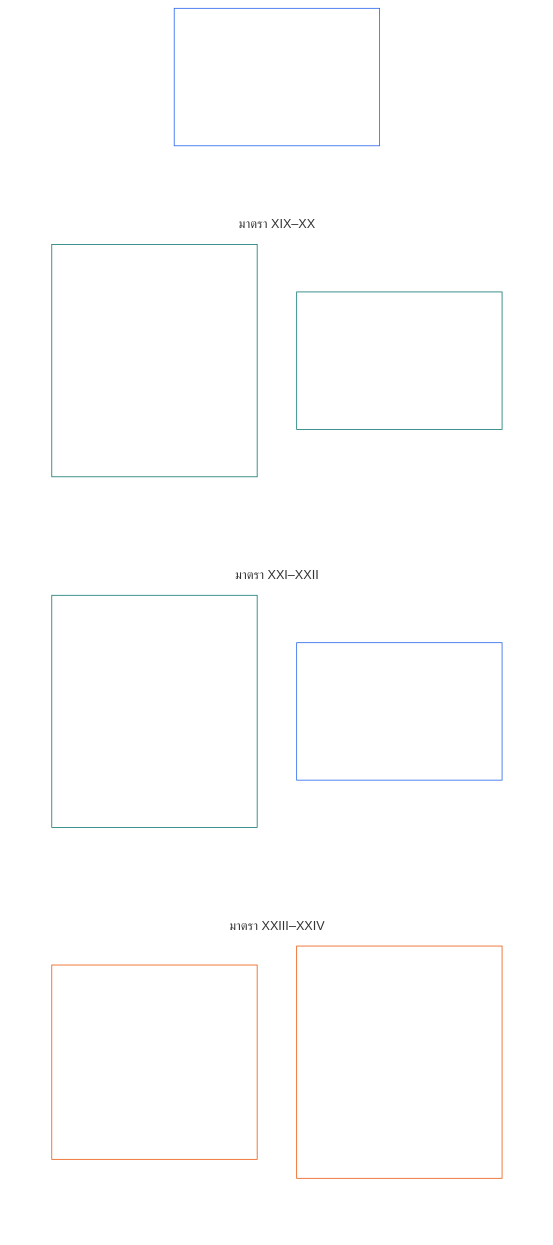
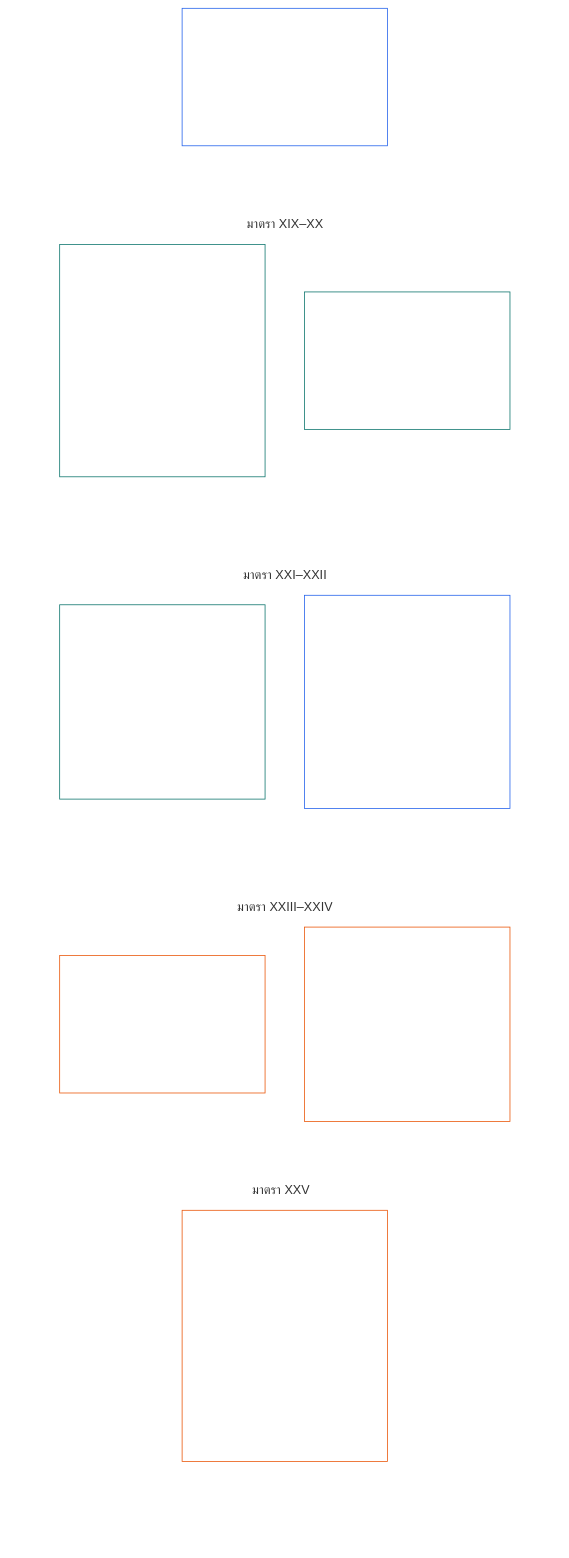
One commit to kfoelsch/Sentient_Constitution changed the diagram in translations/th/core_06_rights_part_d.md. Above: the diagram before and after it, drawn with Mermaid. The commit also changed other lines of this file and 353 other files, not shown here.

````diff
--- a/translations/th/core_06_rights_part_d.md
+++ b/translations/th/core_06_rights_part_d.md
@@ -40,36 +40,42 @@
 ```mermaid
 flowchart TB
     D0["ส่วน ง<br/><br/>สถานะการยืนหยัด ความยุติธรรม การทำงานร่วมกัน<br/>ความเข้าใจได้ การทบทวนสาเหตุรากฐาน และการตีความรัฐธรรมนูญ"]
     subgraph Dgrid[" "]
         direction TB
         subgraph Drow1["มาตรา XIX–XX"]
-            D1["มาตรา XIX · สถานะการยืนหยัดและการเข้าร่วม<br/><br/>• ความแตกต่างของสถานะการยืนหยัด<br/>• สิทธิในการโต้แย้งและขีดจำกัดการจำกัดสิทธิ<br/>• คุณสมบัติ หน้าที่ และการตรวจสอบเส้นทางที่ระบุชื่อ<br/>• การเคลื่อนย้าย ที่ลี้ภัย และการไม่ทำให้ไร้รัฐ"]
+            D1["มาตรา XIX · สถานะและสถานะการมีส่วนร่วม<br/><br/>• ความแตกต่างของสถานะ<br/>• สิทธิในการโต้แย้งและข้อจำกัดตามสัดส่วน<br/>• การมีส่วนร่วม ข้อห้ามด้านสมรรถนะ และคุณสมบัติเส้นทางที่ระบุชื่อ<br/>• การละเมิด การล็อกสถานะ และกฎการลงคะแนนพิเศษ"]
             D2["มาตรา XX · ความยุติธรรมหลังการละเมิดที่พิสูจน์แล้ว<br/><br/>• วัตถุประสงค์และขอบเขตของความยุติธรรม<br/>• เกณฑ์ขั้นต่ำในการจำกัดสิทธิ"]
         end
         subgraph Drow2["มาตรา XXI–XXII"]
-            D3["มาตรา XXI · การทำงานร่วมกัน การเคลื่อนย้ายข้อมูล การเคลื่อนย้าย ที่ลี้ภัย และความสมบูรณ์ของการออกจากระบบ<br/><br/>• การเคลื่อนย้ายข้อมูล<br/>• ขอบเขตการทำงานร่วมกันแบบตอบแทนกัน<br/>• กฎต่อต้านการผูกขาดระบบ<br/>• การเคลื่อนย้าย การย้ายถิ่น ที่ลี้ภัย และการไม่ทำให้ไร้รัฐ"]
-            D4["มาตรา XXII · ความเข้าใจได้และการกำกับดูแลความซับซ้อน<br/><br/>• สิทธิในความเข้าใจได้ตามสัดส่วน<br/>• การตรวจสอบความซับซ้อนและข้อกำหนดด้านโมดูล"]
+            D3["มาตรา XXI · การทำงานร่วมกัน การพกพา และความสมบูรณ์ของการออกจากระบบ<br/><br/>• สิทธิในการพกพา<br/>• ขอบเขตการทำงานร่วมกันแบบตอบแทนกัน<br/>• กฎต่อต้านการผูกมัด<br/>• รูปแบบและมาตรฐานแบบเปิด"]
+            D4["มาตรา XXII · การเคลื่อนย้าย การย้ายถิ่น ที่ลี้ภัย และการไม่ทำให้ไร้รัฐ<br/><br/>• การเคลื่อนย้ายและการย้ายถิ่นฐาน<br/>• ที่ลี้ภัยจากการไม่ปฏิบัติตาม<br/>• การไม่ทำให้ไร้รัฐ<br/>• ข้อจำกัด การควบคุมตัว และวินัยฉุกเฉิน"]
         end
         subgraph Drow3["มาตรา XXIII–XXIV"]
-            D5["มาตรา XXIII · การวิเคราะห์สาเหตุรากฐานและการตอบสนองแบบปรับตัว<br/><br/>• ความเข้มงวดในการวินิจฉัยและการระบุสาเหตุ<br/>• การตรวจสอบได้ การโต้แย้ง และการให้ความสำคัญกับการย้อนกลับได้"]
-            D6["มาตรา XXIV · การตีความรัฐธรรมนูญ การทบทวน และมาตรการป้องกันการครอบงำ<br/><br/>• อำนาจตีความที่มีขอบเขต<br/>• องค์ประกอบ การหมุนเวียน และการควบคุมผลประโยชน์ขัดกัน<br/>• เหตุผลสาธารณะ สิทธิในการโต้แย้ง และการทบทวนภายนอก<br/>• การถอดถอนและการป้องกันการฝังรากอำนาจ"]
+            D5["มาตรา XXIII · ความเข้าใจได้และการกำกับดูแลความซับซ้อน<br/><br/>• สิทธิในความเข้าใจได้ตามสัดส่วน<br/>• การตรวจสอบความซับซ้อนและข้อกำหนดด้านโมดูล"]
+            D6["มาตรา XXIV · การวิเคราะห์สาเหตุรากฐานและการตอบสนองแบบปรับตัว<br/><br/>• ความเข้มงวดในการวินิจฉัยและการระบุสาเหตุ<br/>• การตรวจสอบได้ การโต้แย้ง และการให้ความสำคัญกับการย้อนกลับได้"]
+        subgraph Drow4["มาตรา XXV"]
+            D7["มาตรา XXV · การตีความรัฐธรรมนูญ การทบทวน และมาตรการป้องกันการครอบงำ<br/><br/>• อำนาจตีความที่มีขอบเขตและเหตุผลสาธารณะ<br/>• สิทธิในการโต้แย้งและการทบทวนโดยอิสระ<br/>• ความเป็นอิสระของเวทีและการทบทวนภายนอก<br/>• การถอดถอนด้วยเหตุและการป้องกันการฝังรากอำนาจ"]
+        end
         end
     end
     %% เส้นเชื่อมที่มองไม่เห็นบังคับให้ตารางมีสองคอลัมน์ โดยวางเป้าหมายแต่ละจุดต่ำลงหนึ่งระดับ
     D0 ~~~ D1 & D2
     D1 ~~~ D3
     D2 ~~~ D4
     D3 ~~~ D5
     D4 ~~~ D6
+    D5 & D6 ~~~ D7
     style Dgrid fill:none,stroke:none
     style Drow1 fill:none,stroke:none
     style Drow2 fill:none,stroke:none
     style Drow3 fill:none,stroke:none
+    style Drow4 fill:none,stroke:none
     style D0 fill:none,stroke:#2563eb,color:#ffffff
     style D1 fill:none,stroke:#0f766e,color:#ffffff
     style D2 fill:none,stroke:#0f766e,color:#ffffff
     style D3 fill:none,stroke:#0f766e,color:#ffffff
     style D4 fill:none,stroke:#2563eb,color:#ffffff
     style D5 fill:none,stroke:#ea580c,color:#ffffff
     style D6 fill:none,stroke:#ea580c,color:#ffffff
+    style D7 fill:none,stroke:#ea580c,color:#ffffff
 ```
````
